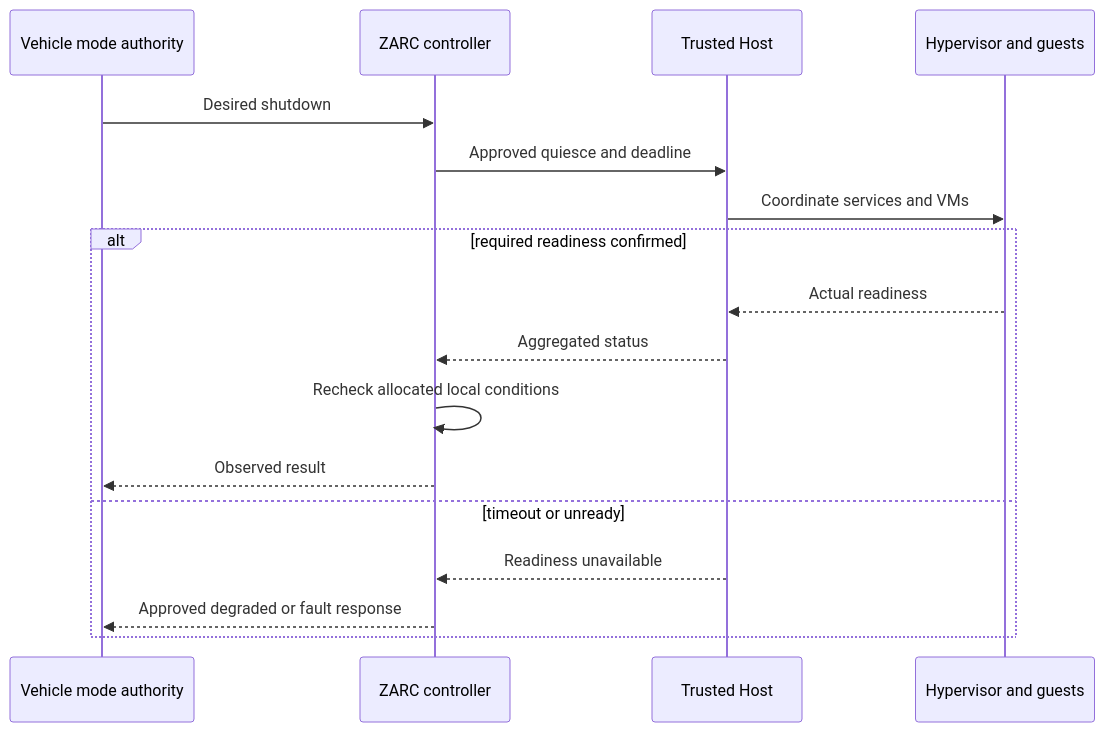
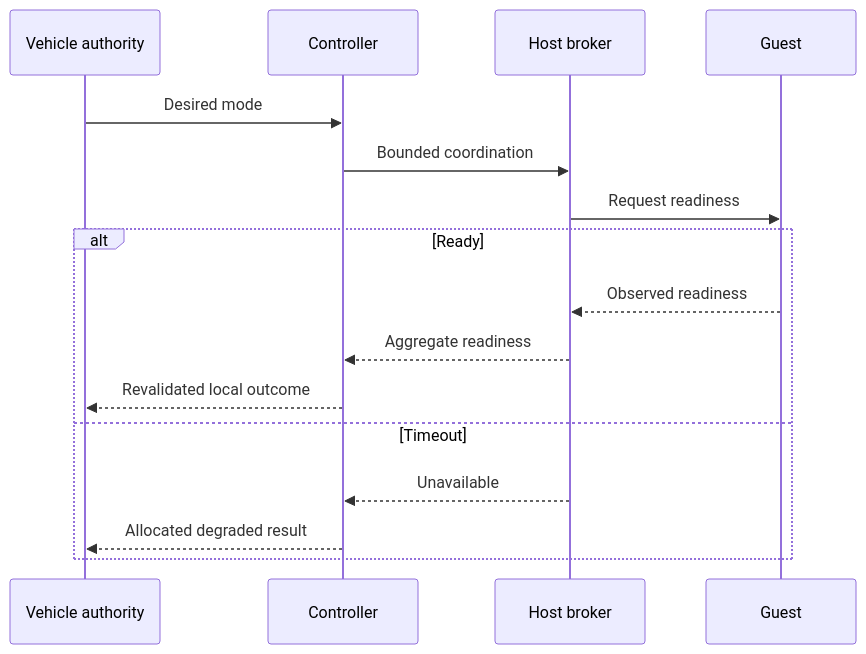
The diagram in docs/architecture/diagrams/D22.mmd (susmithmrm/ZARC), drawn with Mermaid before and after one commit. The commit also changed 26 other files, not shown here.

Commit message:
Rework 22 architecture diagrams and add component, visibility and lifecycle views

```diff
--- a/docs/architecture/diagrams/D22.mmd
+++ b/docs/architecture/diagrams/D22.mmd
@@ -1,17 +1,16 @@
 sequenceDiagram
-  participant V as Vehicle mode authority
-  participant R as ZARC controller
-  participant H as Trusted Host
-  participant G as Hypervisor and guests
-  V->>R: Desired shutdown
-  R->>H: Approved quiesce and deadline
-  H->>G: Coordinate services and VMs
-  alt required readiness confirmed
-    G-->>H: Actual readiness
-    H-->>R: Aggregated status
-    R->>R: Recheck allocated local conditions
-    R-->>V: Observed result
-  else timeout or unready
-    H-->>R: Readiness unavailable
-    R-->>V: Approved degraded or fault response
+  participant V as Vehicle authority
+  participant R as Controller
+  participant H as Host broker
+  participant G as Guest
+  V->>R: Desired mode
+  R->>H: Bounded coordination
+  H->>G: Request readiness
+  alt Ready
+    G-->>H: Observed readiness
+    H-->>R: Aggregate readiness
+    R-->>V: Revalidated local outcome
+  else Timeout
+    H-->>R: Unavailable
+    R-->>V: Allocated degraded result
   end
```
